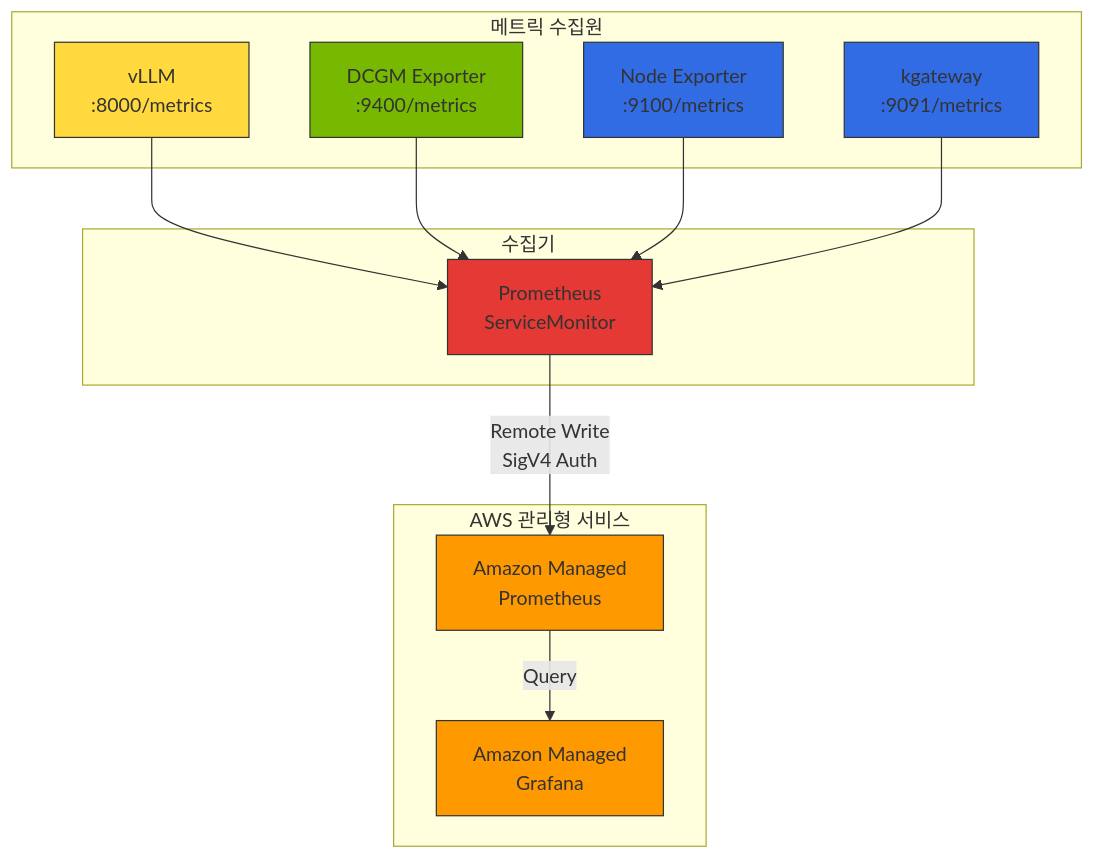
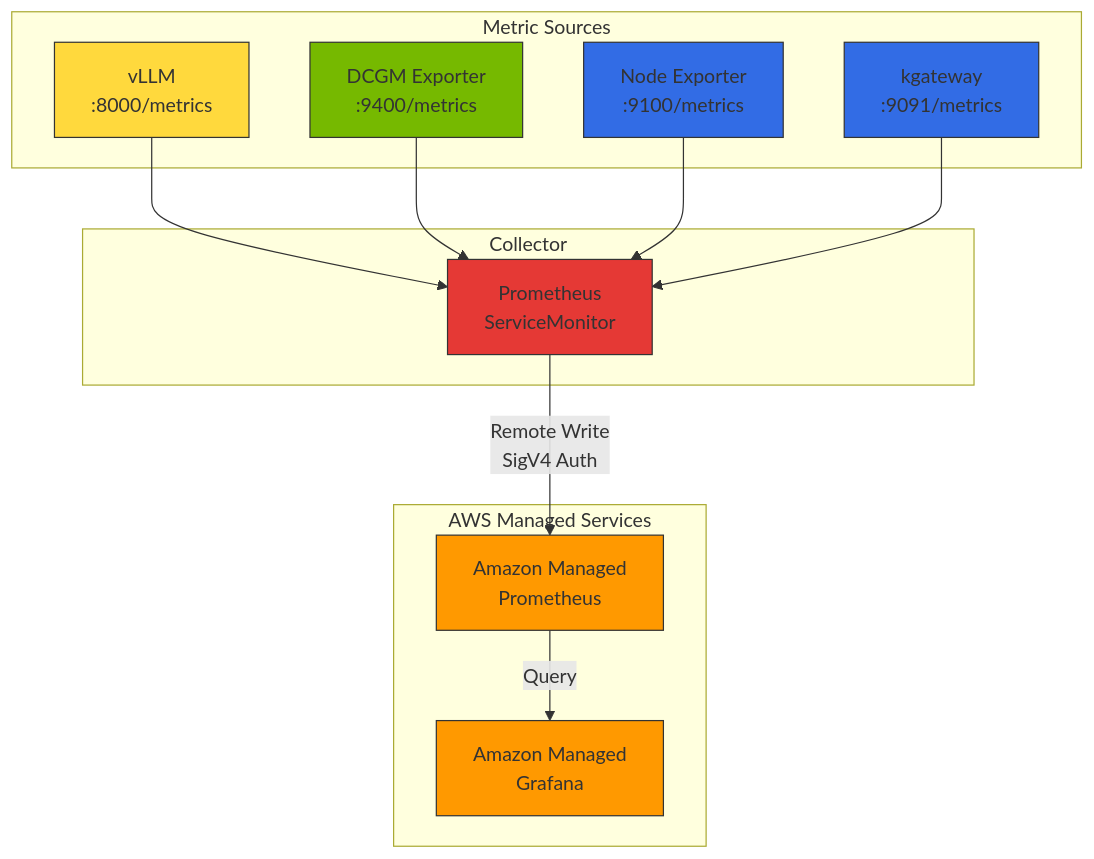
One commit to devfloor9/engineering-playbook changed the second of 3 diagrams in docs/agentic-ai-platform/operations-mlops/observability/agent-monitoring.md. Above: the diagram before and after it, drawn with Mermaid. The commit also changed other lines of this file and 954 other files, not shown here.

````diff
--- a/docs/agentic-ai-platform/operations-mlops/observability/agent-monitoring.md
+++ b/docs/agentic-ai-platform/operations-mlops/observability/agent-monitoring.md
@@ -98,34 +98,34 @@
 ```mermaid
 flowchart TB
-    subgraph Sources["메트릭 수집원"]
+    subgraph Sources["Metric Sources"]
         VLLM[vLLM<br/>:8000/metrics]
         DCGM[DCGM Exporter<br/>:9400/metrics]
         NODE[Node Exporter<br/>:9100/metrics]
         KGATEWAY[kgateway<br/>:9091/metrics]
     end
 
-    subgraph Collector["수집기"]
+    subgraph Collector["Collector"]
         PROM[Prometheus<br/>ServiceMonitor]
     end
 
-    subgraph AWS["AWS 관리형 서비스"]
+    subgraph AWS["AWS Managed Services"]
         AMP[Amazon Managed<br/>Prometheus]
         AMG[Amazon Managed<br/>Grafana]
     end
 
     VLLM --> PROM
     DCGM --> PROM
     NODE --> PROM
     KGATEWAY --> PROM
 
     PROM -->|Remote Write<br/>SigV4 Auth| AMP
     AMP -->|Query| AMG
 
     style VLLM fill:#ffd93d,stroke:#333
     style DCGM fill:#76b900,stroke:#333
     style NODE fill:#326ce5,stroke:#333
     style KGATEWAY fill:#326ce5,stroke:#333
     style PROM fill:#e53935,stroke:#333
     style AMP fill:#ff9900,stroke:#333
     style AMG fill:#ff9900,stroke:#333
 ```
````
